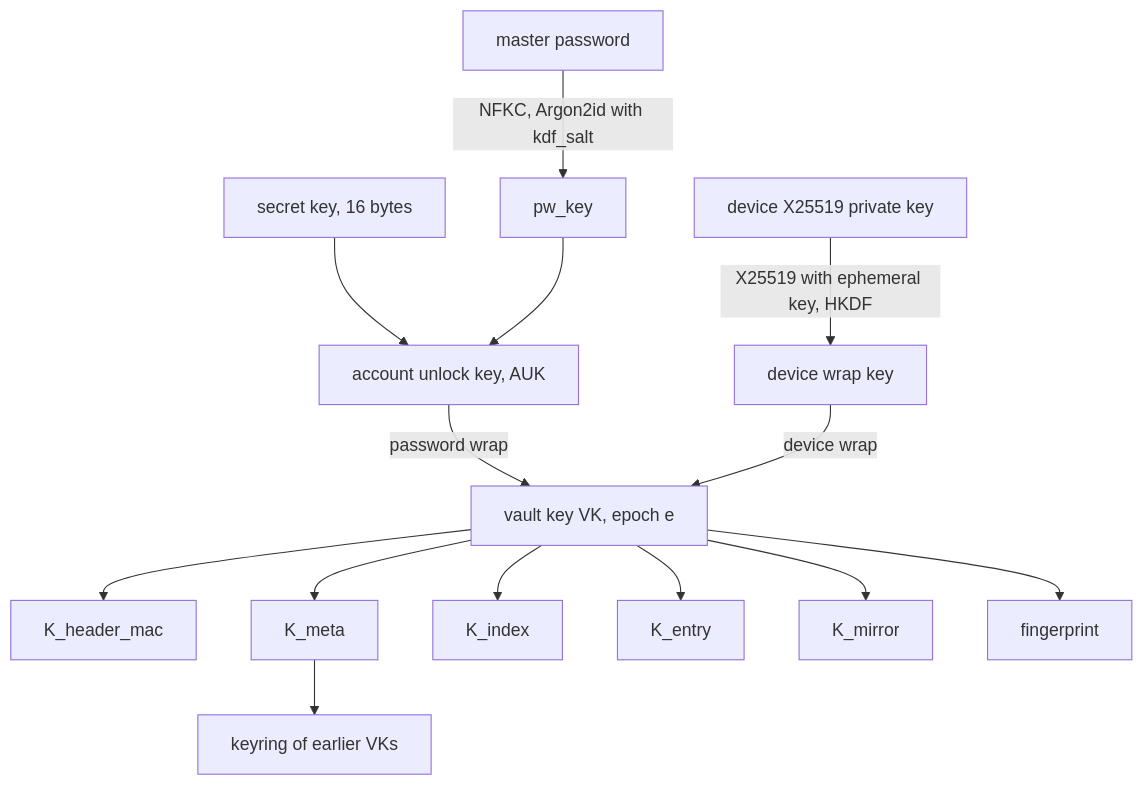
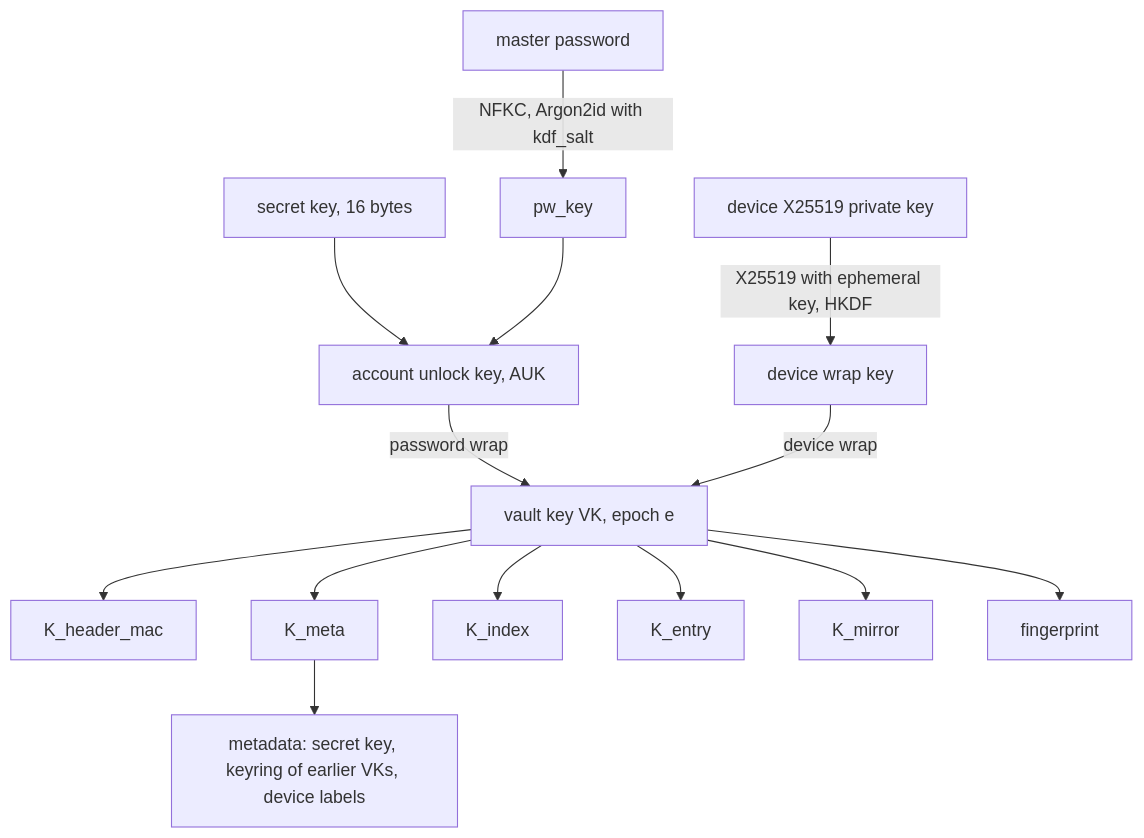
Before and after one commit to codeheadsystems/vlt: the diagram in spec/crypto-and-storage.md, drawn with Mermaid. The commit also changed other lines of this file and 8 other files, not shown here.

````diff
--- a/spec/crypto-and-storage.md
+++ b/spec/crypto-and-storage.md
@@ -108,16 +118,16 @@
 ```mermaid
 flowchart TD
     PW[master password] -->|NFKC, Argon2id with kdf_salt| PWK[pw_key]
     SK[secret key, 16 bytes] --> AUK
     PWK --> AUK[account unlock key, AUK]
     AUK -->|password wrap| VK
     DK[device X25519 private key] -->|X25519 with ephemeral key, HKDF| DWK[device wrap key]
     DWK -->|device wrap| VK[vault key VK, epoch e]
     VK --> HM[K_header_mac]
     VK --> MK[K_meta]
     VK --> IK[K_index]
     VK --> EK[K_entry]
     VK --> MIR[K_mirror]
     VK --> FP[fingerprint]
-    MK --> KR[keyring of earlier VKs]
+    MK --> KR[metadata: secret key, keyring of earlier VKs, device labels]
 ```
````
